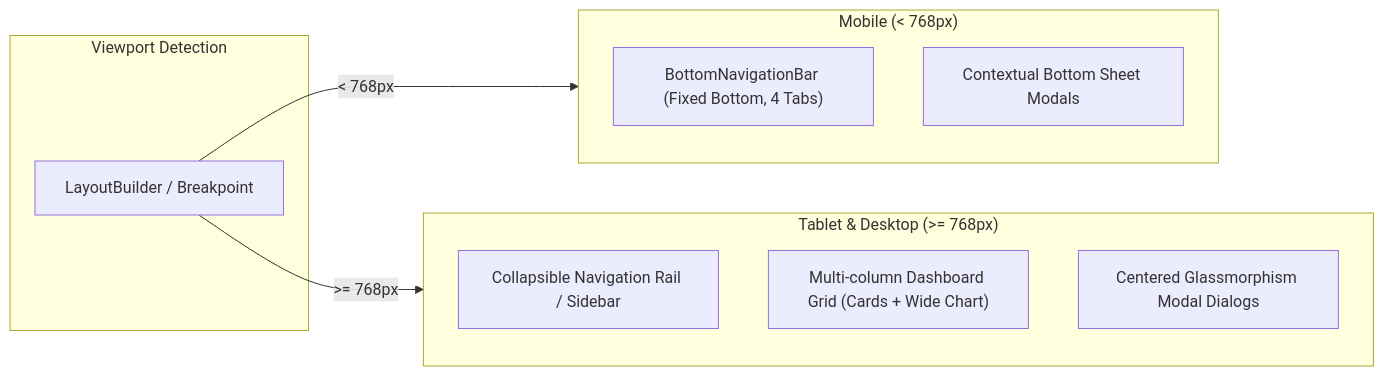
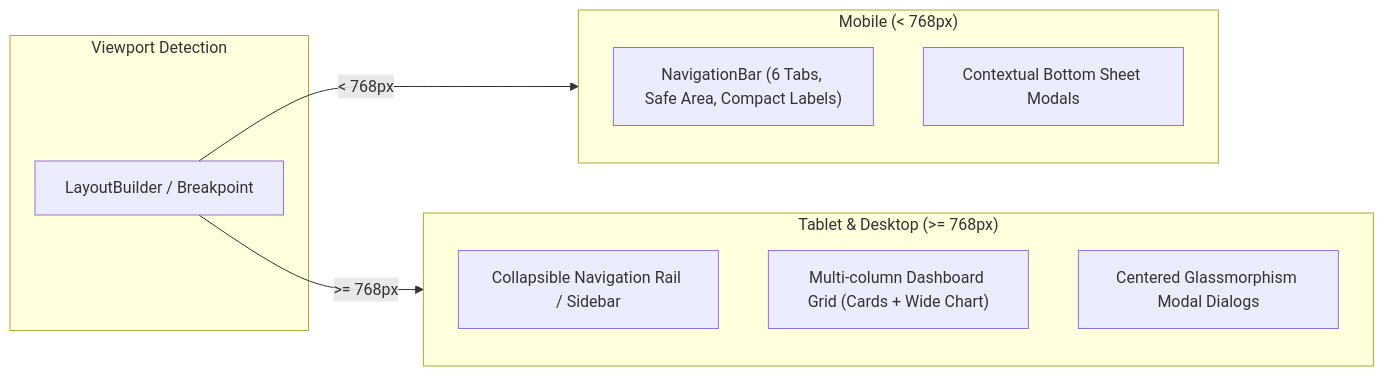
The third of 7 diagrams in ARCHITECTURE.md (LiviuOloi/panda-fit), drawn with Mermaid before and after one commit. The commit also changed other lines of this file and 3 other files, not shown here.

````diff
--- a/ARCHITECTURE.md
+++ b/ARCHITECTURE.md
@@ -111,20 +122,20 @@
 ```mermaid
 graph LR
     subgraph Viewport Detection
         VP["LayoutBuilder / Breakpoint"]
     end
 
     subgraph Mobile ["Mobile (< 768px)"]
-        BottomNav["BottomNavigationBar (Fixed Bottom, 4 Tabs)"]
+        BottomNav["NavigationBar (6 Tabs, Safe Area, Compact Labels)"]
         MobileDrawer["Contextual Bottom Sheet Modals"]
     end
 
     subgraph Desktop ["Tablet & Desktop (>= 768px)"]
         Sidebar["Collapsible Navigation Rail / Sidebar"]
         Grid["Multi-column Dashboard Grid (Cards + Wide Chart)"]
         ModalDialog["Centered Glassmorphism Modal Dialogs"]
     end
 
     VP -->|< 768px| Mobile
     VP -->|>= 768px| Desktop
 ```
````
